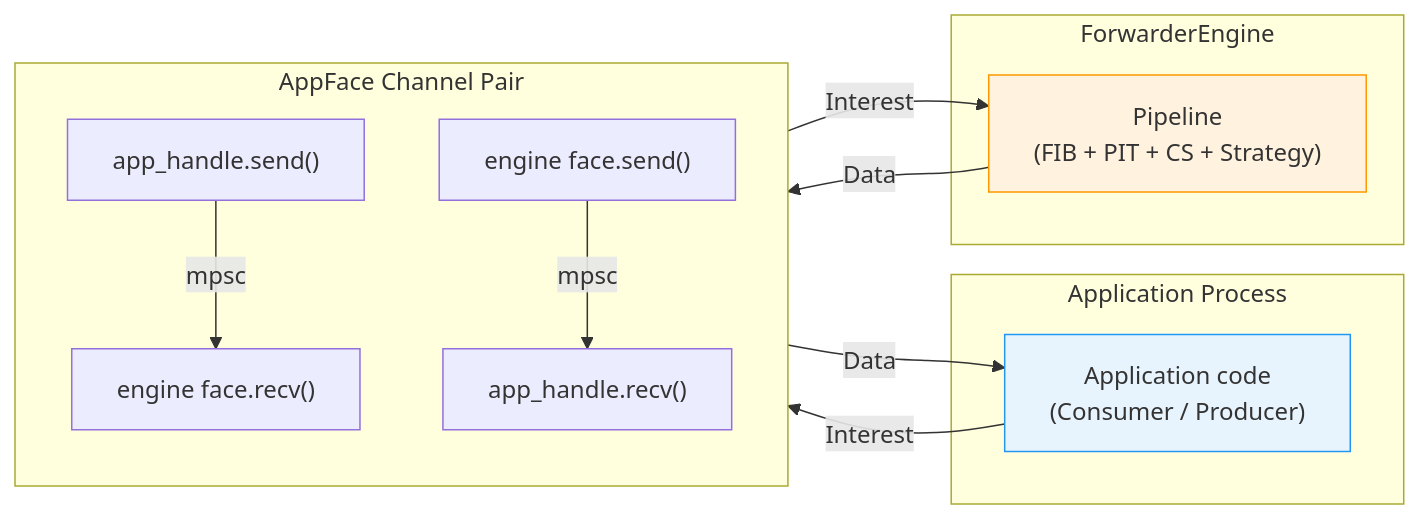
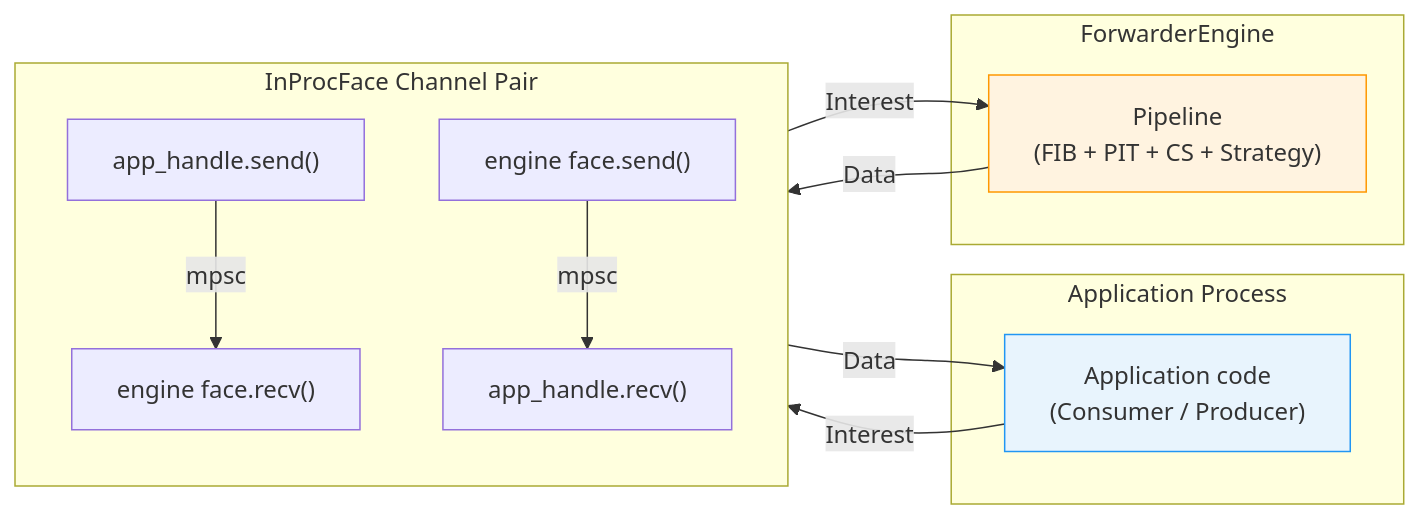
One commit to Quarmire/ndn-rs changed the second of 3 diagrams in docs/wiki/src/getting-started/hello-world.md. Above: the diagram before and after it, drawn with Mermaid. The commit also changed other lines of this file and 29 other files, not shown here.

First line of the commit message:
docs: update ARCHITECTURE.md, wiki, and CHANGELOG for v0.1.0

````diff
--- a/docs/wiki/src/getting-started/hello-world.md
+++ b/docs/wiki/src/getting-started/hello-world.md
@@ -25,24 +25,24 @@
 ```mermaid
 graph LR
     subgraph "Application Process"
         APP["Application code<br/>(Consumer / Producer)"]
     end
 
-    subgraph "AppFace Channel Pair"
+    subgraph "InProcFace Channel Pair"
         direction TB
         TX1["app_handle.send()"] -->|"mpsc"| RX1["engine face.recv()"]
         TX2["engine face.send()"] -->|"mpsc"| RX2["app_handle.recv()"]
     end
 
     subgraph "ForwarderEngine"
         PIPE["Pipeline<br/>(FIB + PIT + CS + Strategy)"]
     end
 
     APP -->|"Interest"| TX1
     RX1 -->|"Interest"| PIPE
     PIPE -->|"Data"| TX2
     RX2 -->|"Data"| APP
 
     style APP fill:#e8f4fd,stroke:#2196F3
     style PIPE fill:#fff3e0,stroke:#FF9800
 ```
````
